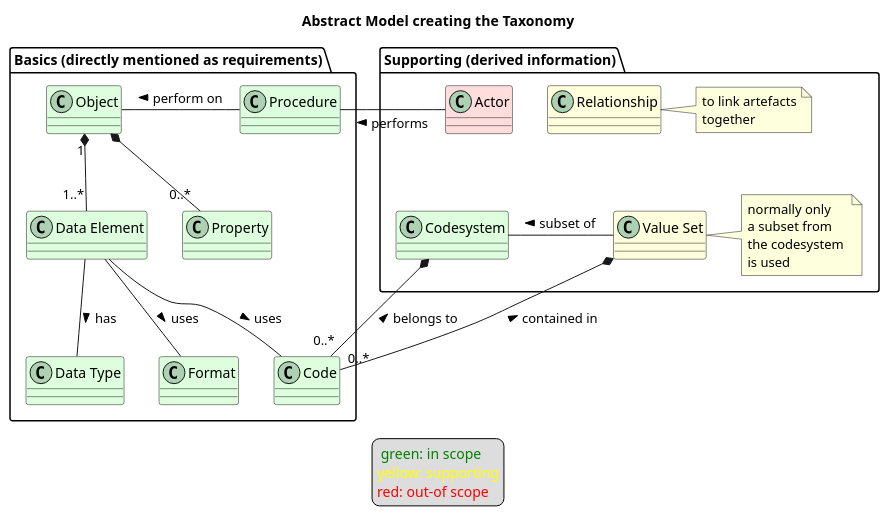
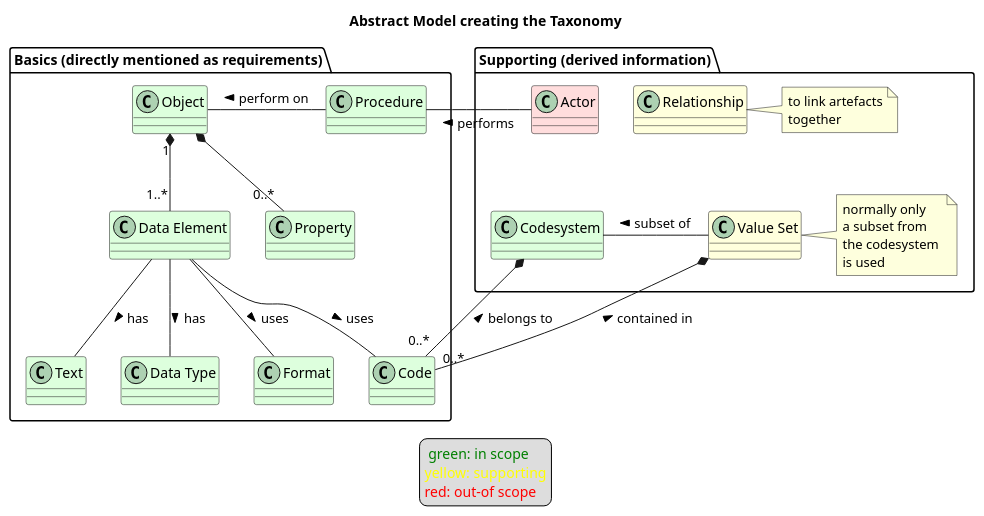
One commit to hl7-eu/medtechlabel-wp2-im changed the diagram in input/images-source/abstractmodel.plantuml. Above: the diagram before and after it, drawn with PlantUML. The commit also changed 8 other files, not shown here.

```diff
--- a/input/images-source/abstractmodel.plantuml
+++ b/input/images-source/abstractmodel.plantuml
@@ -1,71 +1,72 @@
 @startuml
 
-'skinparam svgDimensionStyle false
+skinparam svgDimensionStyle false
 
 title Abstract Model creating the Taxonomy
 
 package "Basics (directly mentioned as requirements)" {
 
 class "Property" as prop #dfd
 
 class "Object" as obj #dfd
 
 class "Data Element" as de #dfd
 
 obj "1" *-- "1..*" de
 obj *-- "0..*" prop
 
 class "Data Type" as dt #dfd
 class "Format" as format #dfd
+class "Text" as text #dfd
 
 de -- dt : has >
 de -- format : uses >
-
+de -- text : has >
 
 class "Code" as code #dfd
 
 de -- code : uses >
 
 class "Procedure" as proc #dfd
 
 proc -left- obj : perform on >
 
 }
 
 package "Supporting (derived information)" {
 
 class "Relationship" as rel #ffd
 Note right of rel
 to link artefacts
 together
 end Note
 
 class "Actor" as a #fdd
 
 class "Codesystem" as cs #dfd
 class "Value Set" as vs #ffd
 Note right of vs
 normally only 
 a subset from 
 the codesystem 
 is used
 end Note
 
 vs -left- cs : subset of >
 
 rel -[hidden]down- cs
 
 }
 
 proc -right- a  : performs <
 
 cs *-- "0..*" code : belongs to <
 vs *-- "0..*" code : contained in <
 
 legend
 <font color=green> green: in scope</font>
 <font color=yellow>yellow: supporting</font>
 <font color=red>red: out-of scope</font>
 end legend
 
 @enduml
```
